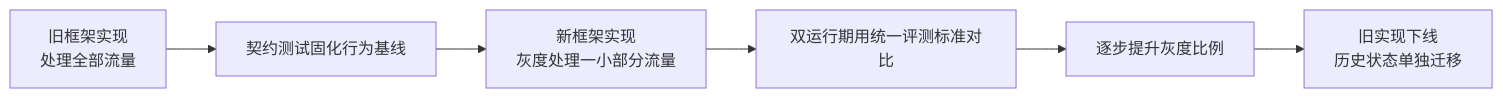
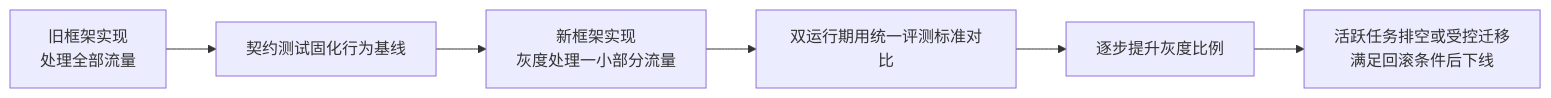
One commit to oneleaveknowsthefall/awesome-ai-roadmap changed the fourth of 4 diagrams in docs/frameworks/06-selection-portability/23-lockin-and-portable-architecture.md. Above: the diagram before and after it, drawn with Mermaid. The commit also changed other lines of this file and 61 other files, not shown here.

````diff
--- a/docs/frameworks/06-selection-portability/23-lockin-and-portable-architecture.md
+++ b/docs/frameworks/06-selection-portability/23-lockin-and-portable-architecture.md
@@ -83,8 +93,8 @@
 ```mermaid
 flowchart LR
     A["旧框架实现<br/>处理全部流量"] --> B["契约测试固化行为基线"]
     B --> C["新框架实现<br/>灰度处理一小部分流量"]
     C --> D["双运行期用统一评测标准对比"]
     D --> E["逐步提升灰度比例"]
-    E --> F["旧实现下线<br/>历史状态单独迁移"]
+    E --> F["活跃任务排空或受控迁移<br/>满足回滚条件后下线"]
 ```
````
